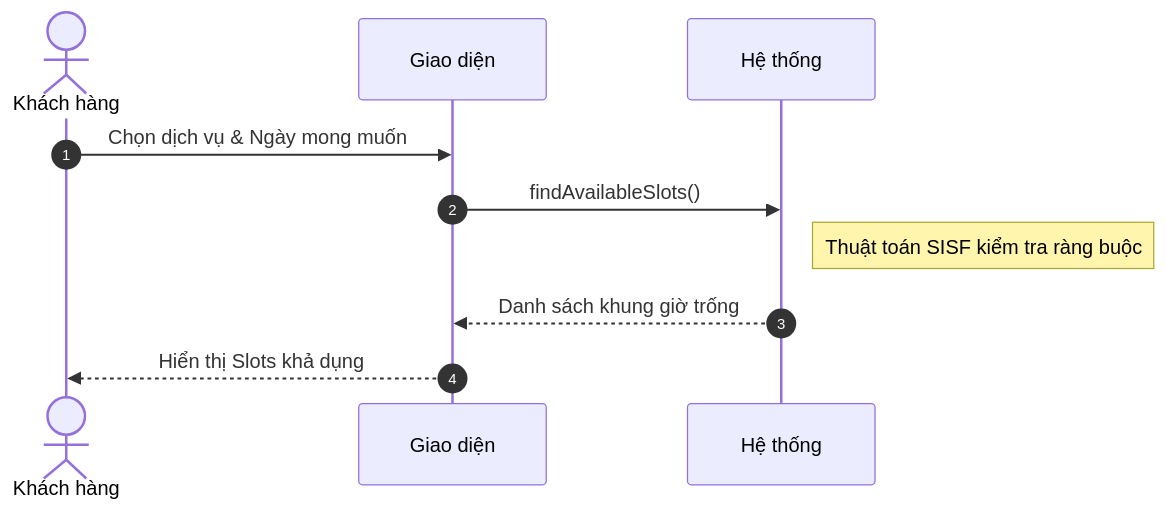
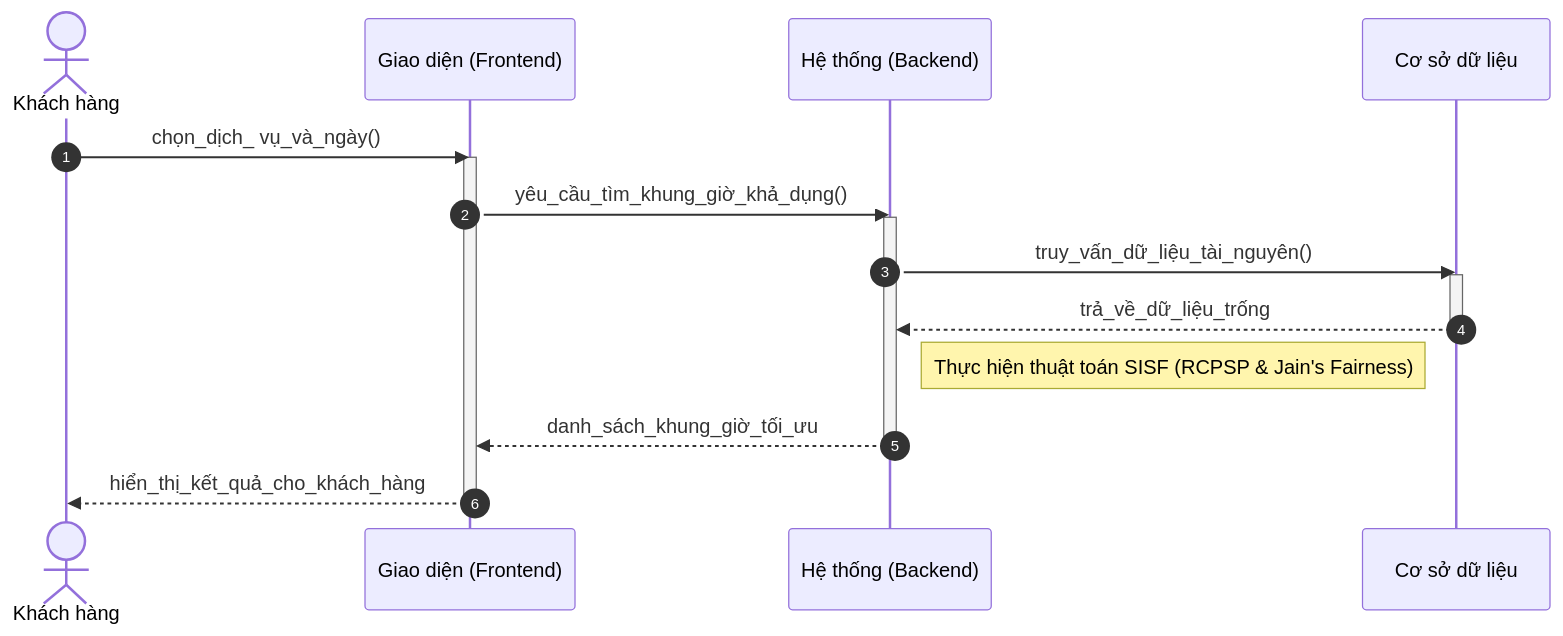
One commit to ngoctinn/Synapse changed the first of 4 diagrams in docs/design/sequences_simplified/customer_flows.md. Above: the diagram before and after it, drawn with Mermaid. The commit also changed other lines of this file and 4 other files, not shown here.

Commit message:
docs: Add simplified sequence diagrams for receptionist, technician, admin, customer, and authentication flows.

````diff
--- a/docs/design/sequences_simplified/customer_flows.md
+++ b/docs/design/sequences_simplified/customer_flows.md
@@ -26,15 +9,25 @@
 ```mermaid
 sequenceDiagram
     autonumber
     actor KH as Khách hàng
-    participant UI as Giao diện
-    participant HT as Hệ thống
+    participant FE as Giao diện (Frontend)
+    participant BE as Hệ thống (Backend)
+    participant DB as Cơ sở dữ liệu
 
-    KH->>UI: Chọn dịch vụ & Ngày mong muốn
-    UI->>HT: findAvailableSlots()
+    KH->>FE: chọn_dịch_ vụ_và_ngày()
+    activate FE
+    FE->>BE: yêu_cầu_tìm_khung_giờ_khả_dụng()
+    activate BE
 
-    Note right of HT: Thuật toán SISF kiểm tra ràng buộc
+    BE->>DB: truy_vấn_dữ_liệu_tài_nguyên()
+    activate DB
+    DB-->>BE: trả_về_dữ_liệu_trống
+    deactivate DB
 
-    HT-->>UI: Danh sách khung giờ trống
-    UI-->>KH: Hiển thị Slots khả dụng
+    Note right of BE: Thực hiện thuật toán SISF (RCPSP & Jain's Fairness)
+
+    BE-->>FE: danh_sách_khung_giờ_tối_ưu
+    deactivate BE
+    FE-->>KH: hiển_thị_kết_quả_cho_khách_hàng
+    deactivate FE
 ```
````
